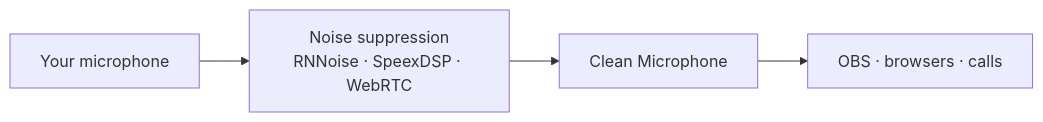
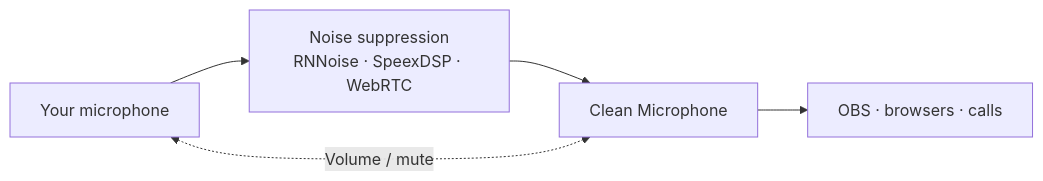
Before and after one commit to Bodyash/gnome-noise-cancellation: the diagram in README.md, drawn with Mermaid. The commit also changed other lines of this file and 16 other files, not shown here.

Commit message:
Implement volume proxying between source and virtual mic

````diff
--- a/README.md
+++ b/README.md
@@ -10,5 +10,6 @@
 ```mermaid
 flowchart LR
     Mic["Your microphone"] --> DSP["Noise suppression<br/>RNNoise · SpeexDSP · WebRTC"]
     DSP --> Clean["Clean Microphone"] --> Apps["OBS · browsers · calls"]
+    Mic <-.->|"Volume / mute"| Clean
 ```
````
